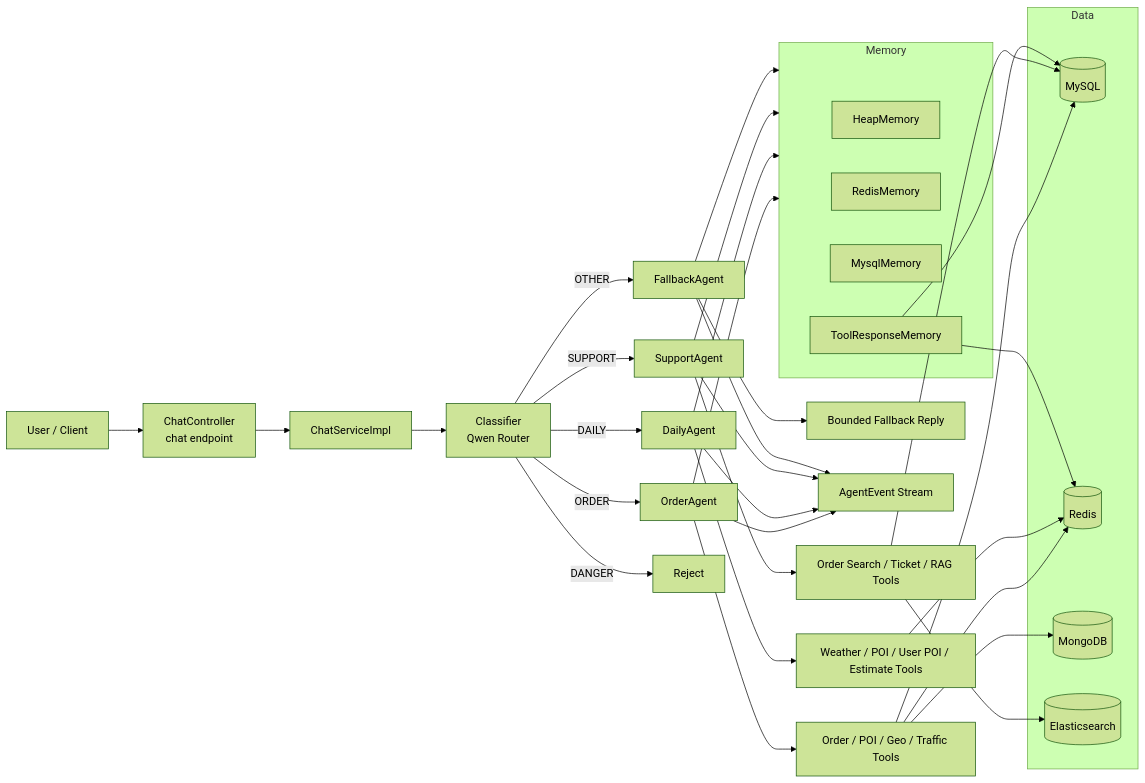
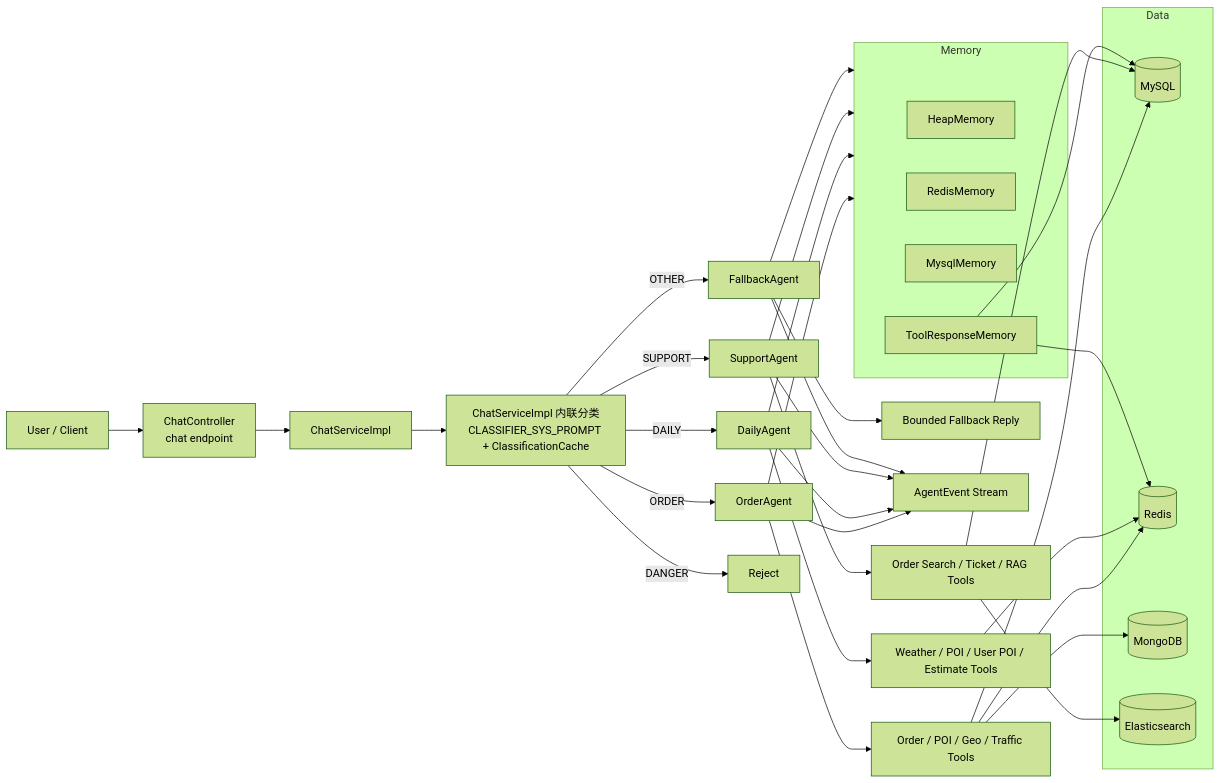
Before and after one commit to TheoReed7373/RideAgentHub: the first of 2 diagrams in README.md, drawn with Mermaid (forest theme). The commit also changed other lines of this file and 39 other files, not shown here.

````diff
--- a/README.md
+++ b/README.md
@@ -45,50 +70,50 @@
 ```mermaid
 flowchart LR
     U[User / Client] --> API[ChatController<br/>chat endpoint]
     API --> CS[ChatServiceImpl]
-    CS --> CLS[Classifier<br/>Qwen Router]
+    CS --> CLS[ChatServiceImpl 内联分类<br/>CLASSIFIER_SYS_PROMPT + ClassificationCache]
 
     CLS -->|ORDER| OA[OrderAgent]
     CLS -->|DAILY| DA[DailyAgent]
     CLS -->|SUPPORT| SA[SupportAgent]
     CLS -->|OTHER| FA[FallbackAgent]
     CLS -->|DANGER| BLOCK[Reject]
 
     OA --> OTOOLS[Order / POI / Geo / Traffic Tools]
     DA --> DTOOLS[Weather / POI / User POI / Estimate Tools]
     SA --> STOOLS[Order Search / Ticket / RAG Tools]
     FA --> FTXT[Bounded Fallback Reply]
 
     OA --> EVT[AgentEvent Stream]
     DA --> EVT
     SA --> EVT
     FA --> EVT
 
     subgraph Memory
       H[HeapMemory]
       R[RedisMemory]
       M[MysqlMemory]
       TR[ToolResponseMemory]
     end
 
     subgraph Data
       MYSQL[(MySQL)]
       REDIS[(Redis)]
       MONGO[(MongoDB)]
       ES[(Elasticsearch)]
     end
 
     OA --> Memory
     DA --> Memory
     SA --> Memory
     FA --> Memory
 
     OTOOLS --> REDIS
     OTOOLS --> MYSQL
     OTOOLS --> MONGO
     STOOLS --> MYSQL
     STOOLS --> ES
     DTOOLS --> REDIS
     TR --> REDIS
     TR --> MYSQL
 ```
````
